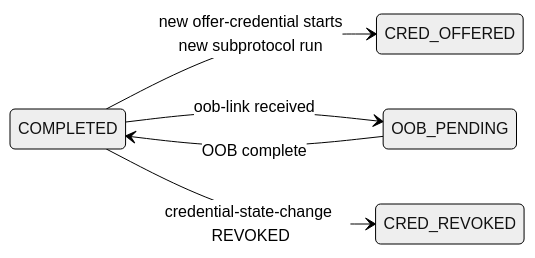
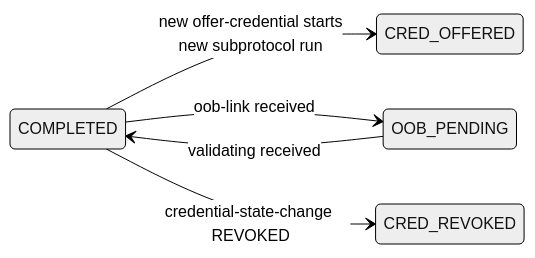
Before and after one commit to verana-labs/verana-spec: the fourth of 4 diagrams in v4/vt-flow-protocol/spec.md, drawn with Mermaid (neutral theme). The commit also changed other lines of this file and 2 other files, not shown here.

````diff
--- a/v4/vt-flow-protocol/spec.md
+++ b/v4/vt-flow-protocol/spec.md
@@ -577,8 +568,8 @@
 ```mermaid
 stateDiagram-v2
     direction LR
     COMPLETED --> CRED_OFFERED: new offer-credential starts<br/>new subprotocol run
     COMPLETED --> OOB_PENDING: oob-link received
-    OOB_PENDING --> COMPLETED: OOB complete
+    OOB_PENDING --> COMPLETED: validating received
     COMPLETED --> CRED_REVOKED: credential-state-change REVOKED
 ```
````
